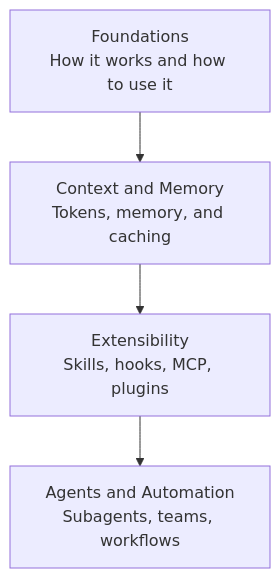
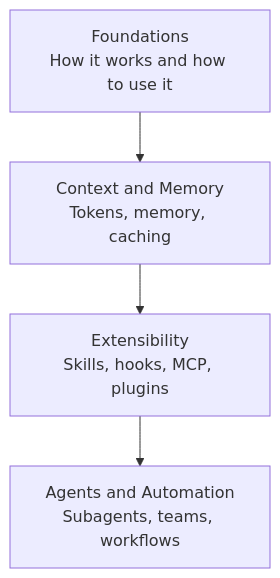
Before and after one commit to modu-ai/moai-adk: the diagram in docs-site/content/en/claude-code/_index.md, drawn with Mermaid. The commit also changed other lines of this file and 395 other files, not shown here.

````diff
--- a/docs-site/content/en/claude-code/_index.md
+++ b/docs-site/content/en/claude-code/_index.md
@@ -18,6 +18,6 @@
 ```mermaid
 flowchart TD
-    A[Foundations<br/>How it works and how to use it] --> B[Context and Memory<br/>Tokens, memory, and caching]
+    A[Foundations<br/>How it works and how to use it] --> B[Context and Memory<br/>Tokens, memory, caching]
     B --> C[Extensibility<br/>Skills, hooks, MCP, plugins]
     C --> D[Agents and Automation<br/>Subagents, teams, workflows]
 ```
````
